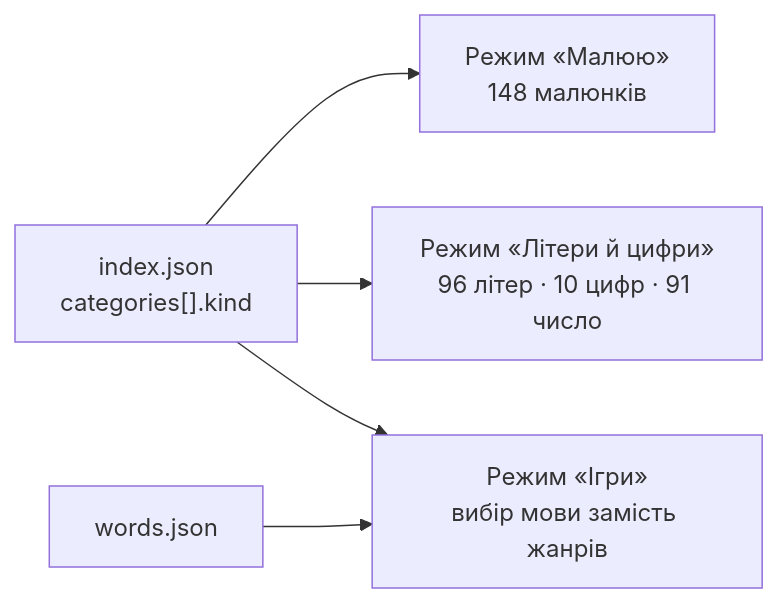
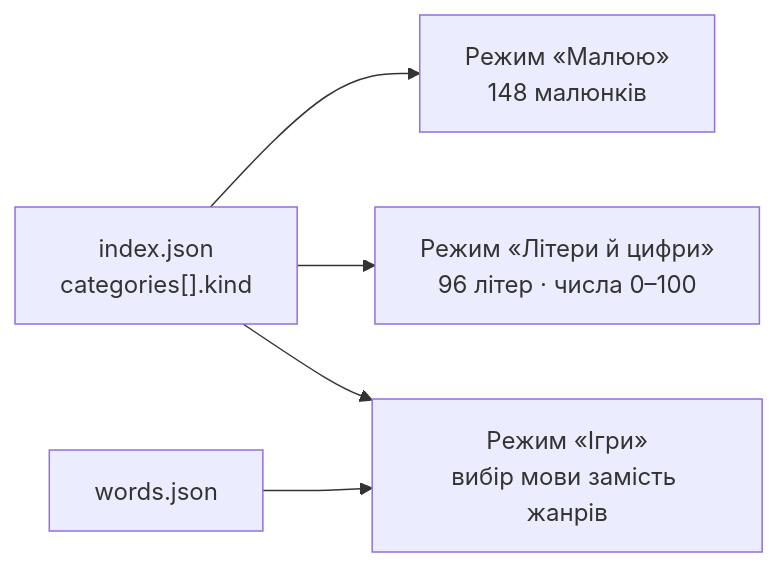
One commit to PolukovY/drawli changed the sixth of 13 diagrams in doc/arch.md. Above: the diagram before and after it, drawn with Mermaid. The commit also changed 18 other files, not shown here.

````diff
--- a/doc/arch.md
+++ b/doc/arch.md
@@ -204,7 +204,7 @@
 ```mermaid
 graph LR
     idx["index.json<br/>categories[].kind"] --> draw["Режим «Малюю»<br/>148 малюнків"]
-    idx --> write["Режим «Літери й цифри»<br/>96 літер · 10 цифр · 91 число"]
+    idx --> write["Режим «Літери й цифри»<br/>96 літер · числа 0–100"]
     idx --> play["Режим «Ігри»<br/>вибір мови замість жанрів"]
     words["words.json"] --> play
 ```
````
